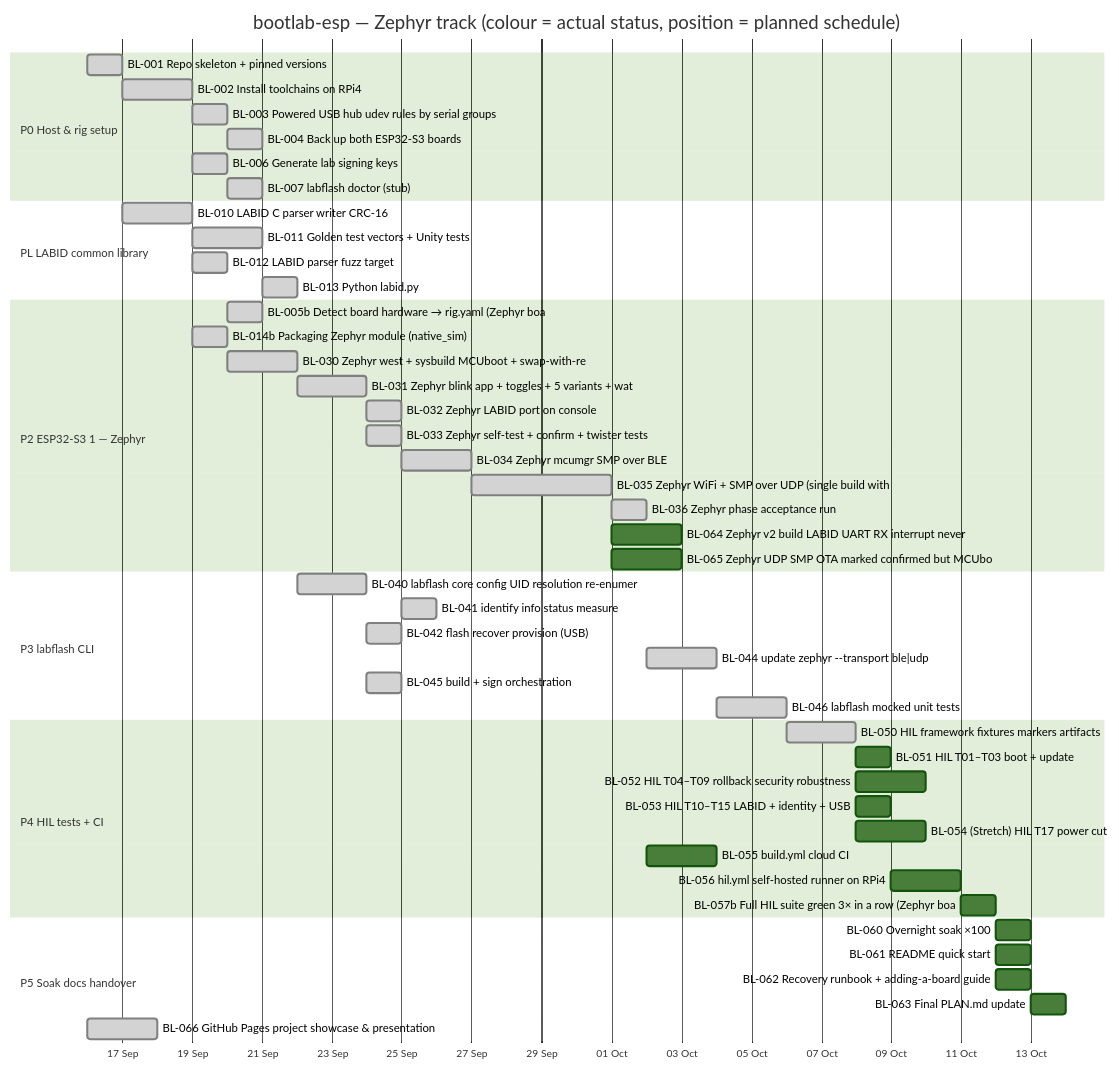
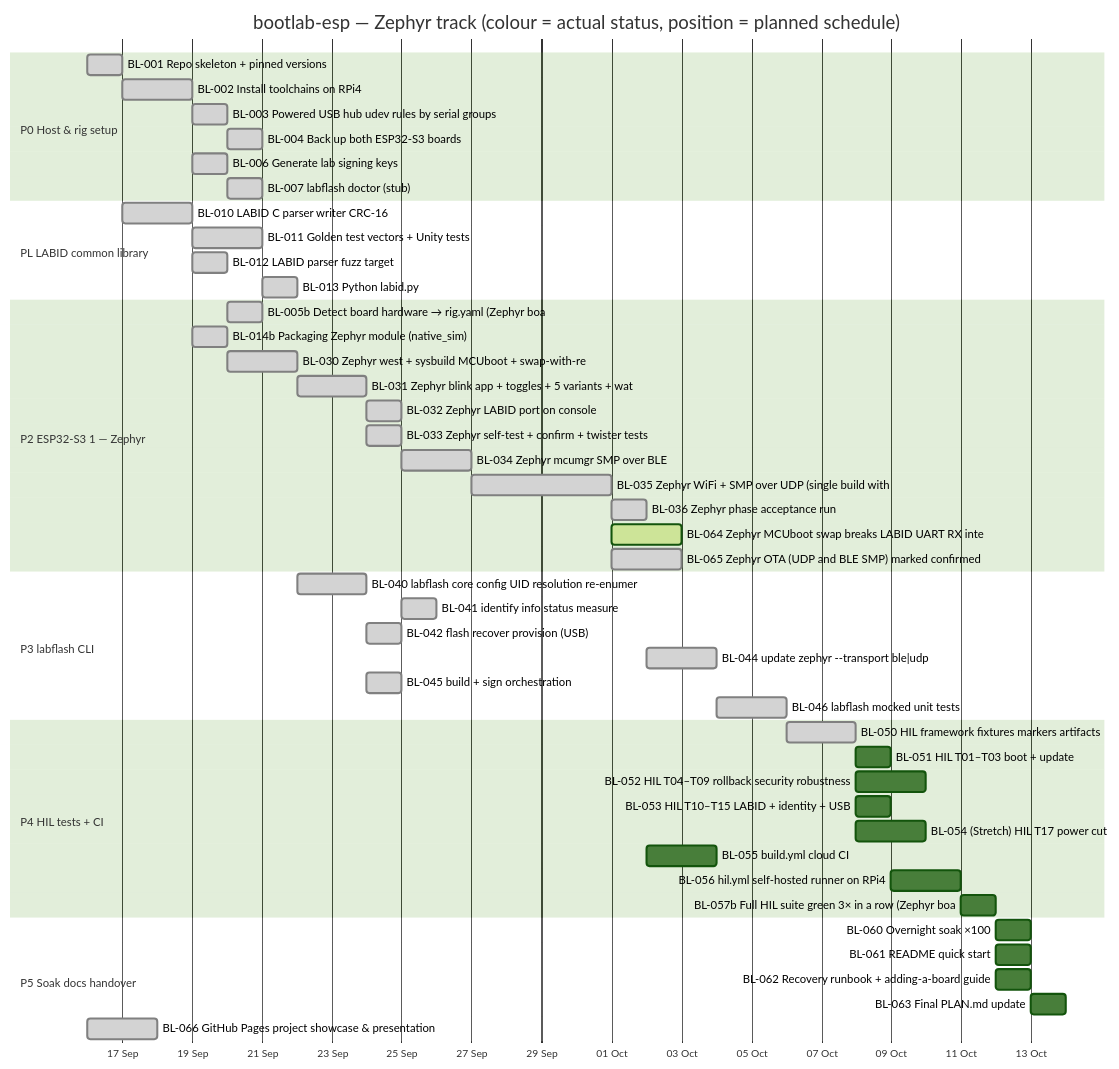
The second of 2 diagrams in tickets/GANTT.md (mohamed-soubhi/bootlab-esp), drawn with Mermaid (forest theme) before and after one commit. The commit also changed other lines of this file and 3 other files, not shown here.

````diff
--- a/tickets/GANTT.md
+++ b/tickets/GANTT.md
@@ -110,53 +114,53 @@
 ```mermaid
 gantt
     title bootlab-esp — Zephyr track (colour = actual status, position = planned schedule)
     dateFormat YYYY-MM-DD
     axisFormat %d %b
     todayMarker stroke-width:3px,stroke:#f80,opacity:0.7
     section P0 Host & rig setup
     BL-001 Repo skeleton + pinned versions :done, bl001, 2026-09-16, 1d
     BL-002 Install toolchains on RPi4 :done, bl002, 2026-09-17, 2d
     BL-003 Powered USB hub udev rules by serial groups :done, bl003, 2026-09-19, 1d
     BL-004 Back up both ESP32-S3 boards :done, bl004, 2026-09-20, 1d
     BL-006 Generate lab signing keys :done, bl006, 2026-09-19, 1d
     BL-007 labflash doctor (stub) :done, bl007, 2026-09-20, 1d
     section PL LABID common library
     BL-010 LABID C parser writer CRC-16 :done, bl010, 2026-09-17, 2d
     BL-011 Golden test vectors + Unity tests :done, bl011, 2026-09-19, 2d
     BL-012 LABID parser fuzz target :done, bl012, 2026-09-19, 1d
     BL-013 Python labid.py :done, bl013, 2026-09-21, 1d
     section P2 ESP32-S3 1 — Zephyr
     BL-005b Detect board hardware → rig.yaml (Zephyr boa :done, bl005b, 2026-09-20, 1d
     BL-014b Packaging Zephyr module (native_sim) :done, bl014b, 2026-09-19, 1d
     BL-030 Zephyr west + sysbuild MCUboot + swap-with-re :done, bl030, 2026-09-20, 2d
     BL-031 Zephyr blink app + toggles + 5 variants + wat :done, bl031, 2026-09-22, 2d
     BL-032 Zephyr LABID port on console :done, bl032, 2026-09-24, 1d
     BL-033 Zephyr self-test + confirm + twister tests :done, bl033, 2026-09-24, 1d
     BL-034 Zephyr mcumgr SMP over BLE :done, bl034, 2026-09-25, 2d
     BL-035 Zephyr WiFi + SMP over UDP (single build with :done, bl035, 2026-09-27, 4d
     BL-036 Zephyr phase acceptance run :done, bl036, 2026-10-01, 1d
-    BL-064 Zephyr v2 build LABID UART RX interrupt never :bl064, 2026-10-01, 2d
-    BL-065 Zephyr UDP SMP OTA marked confirmed but MCUbo :bl065, 2026-10-01, 2d
+    BL-064 Zephyr MCUboot swap breaks LABID UART RX inte :active, bl064, 2026-10-01, 2d
+    BL-065 Zephyr OTA (UDP and BLE SMP) marked confirmed :done, bl065, 2026-10-01, 2d
     section P3 labflash CLI
     BL-040 labflash core config UID resolution re-enumer :done, bl040, 2026-09-22, 2d
     BL-041 identify info status measure :done, bl041, 2026-09-25, 1d
     BL-042 flash recover provision (USB) :done, bl042, 2026-09-24, 1d
     BL-044 update zephyr --transport ble|udp :done, bl044, 2026-10-02, 2d
     BL-045 build + sign orchestration :done, bl045, 2026-09-24, 1d
     BL-046 labflash mocked unit tests :done, bl046, 2026-10-04, 2d
     section P4 HIL tests + CI
     BL-050 HIL framework fixtures markers artifacts :done, bl050, 2026-10-06, 2d
     BL-051 HIL T01–T03 boot + update :bl051, 2026-10-08, 1d
     BL-052 HIL T04–T09 rollback security robustness :bl052, 2026-10-08, 2d
     BL-053 HIL T10–T15 LABID + identity + USB :bl053, 2026-10-08, 1d
     BL-054 (Stretch) HIL T17 power cut :bl054, 2026-10-08, 2d
     BL-055 build.yml cloud CI :bl055, 2026-10-02, 2d
     BL-056 hil.yml self-hosted runner on RPi4 :bl056, 2026-10-09, 2d
     BL-057b Full HIL suite green 3× in a row (Zephyr boa :bl057b, 2026-10-11, 1d
     section P5 Soak docs handover
     BL-060 Overnight soak ×100 :bl060, 2026-10-12, 1d
     BL-061 README quick start :bl061, 2026-10-12, 1d
     BL-062 Recovery runbook + adding-a-board guide :bl062, 2026-10-12, 1d
     BL-063 Final PLAN.md update :bl063, 2026-10-13, 1d
     BL-066 GitHub Pages project showcase & presentation :done, bl066, 2026-09-16, 2d
 ```
````
